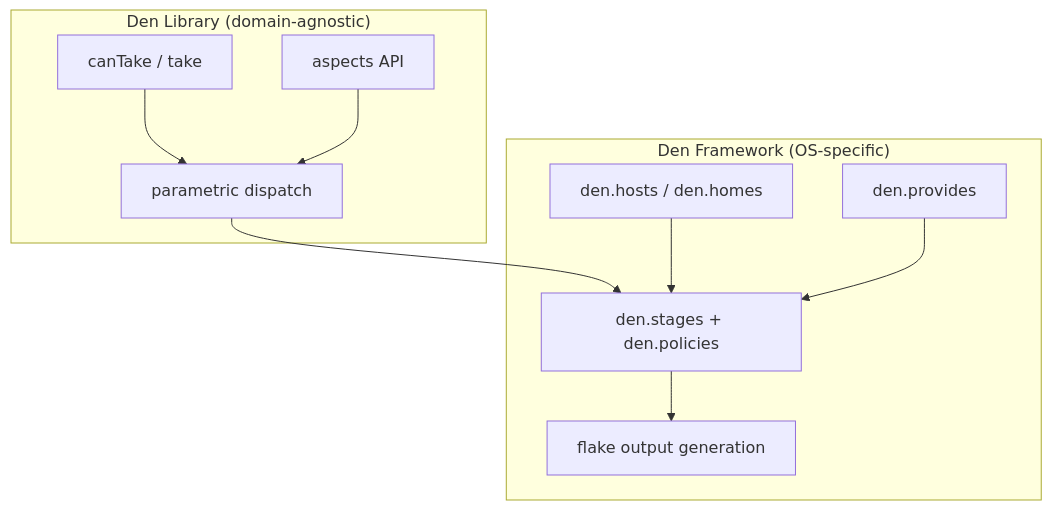
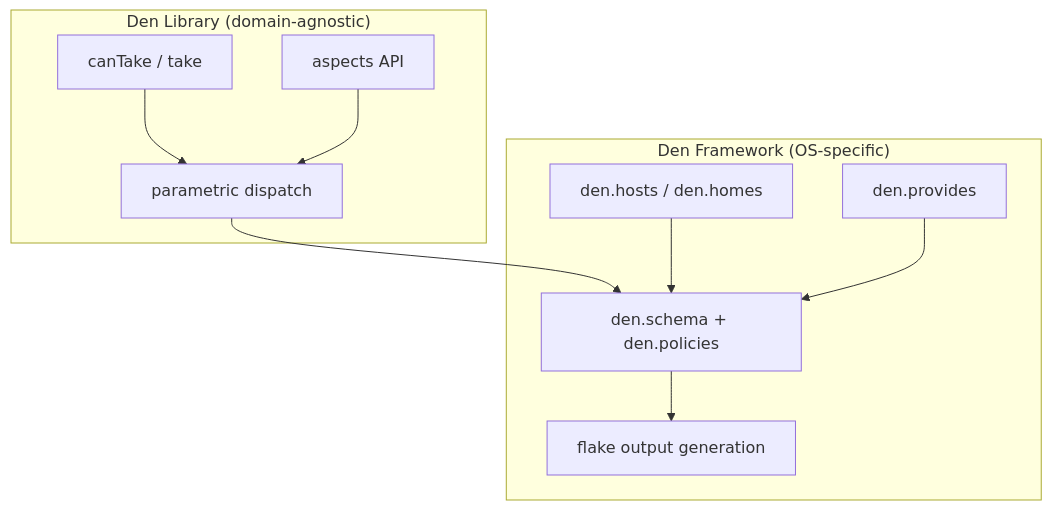
Before and after one commit to denful/den: the diagram in docs/src/content/docs/explanation/library-vs-framework.mdx, drawn with Mermaid. The commit also changed 69 other files, not shown here.

````diff
--- a/docs/src/content/docs/explanation/library-vs-framework.mdx
+++ b/docs/src/content/docs/explanation/library-vs-framework.mdx
@@ -68,20 +68,20 @@
 ```mermaid
 flowchart TD
   subgraph "Den Library (domain-agnostic)"
     parametric["parametric dispatch"]
     canTake["canTake / take"]
     aspects["aspects API"]
   end
   subgraph "Den Framework (OS-specific)"
     schema["den.hosts / den.homes"]
-    ctx["den.stages + den.policies"]
+    ctx["den.schema + den.policies"]
     batteries["den.provides"]
     output["flake output generation"]
   end
   parametric --> ctx
   canTake --> parametric
   aspects --> parametric
   schema --> ctx
   batteries --> ctx
   ctx --> output
 ```
````
